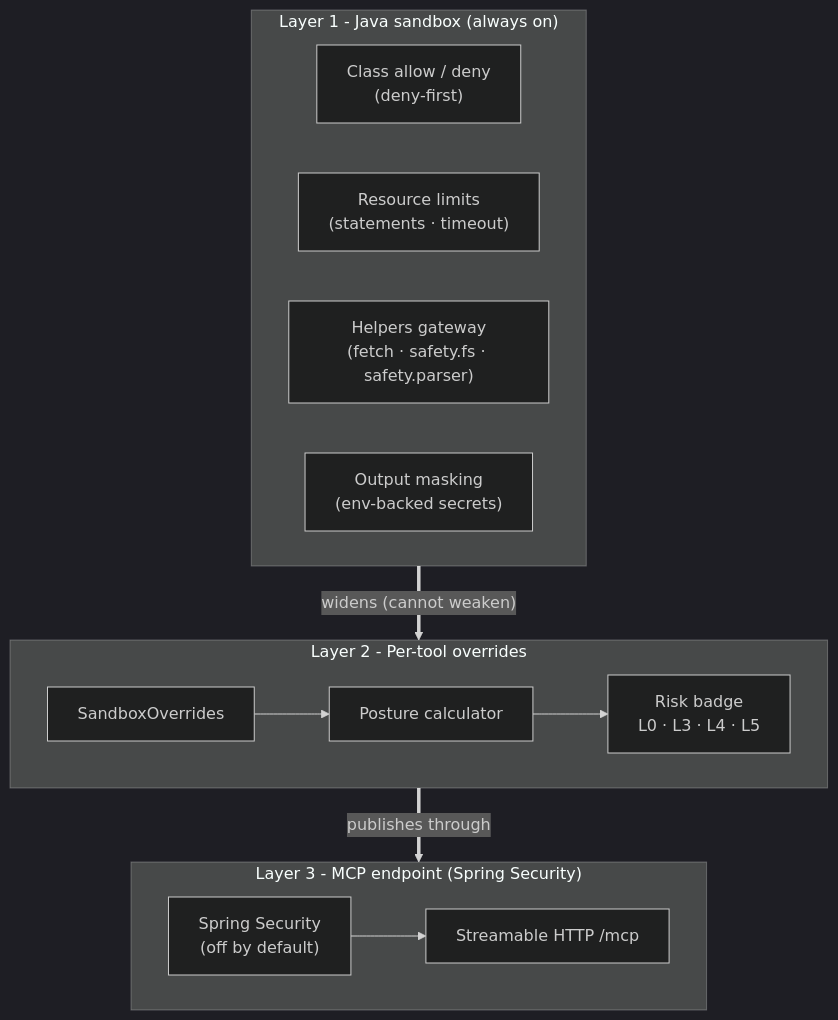
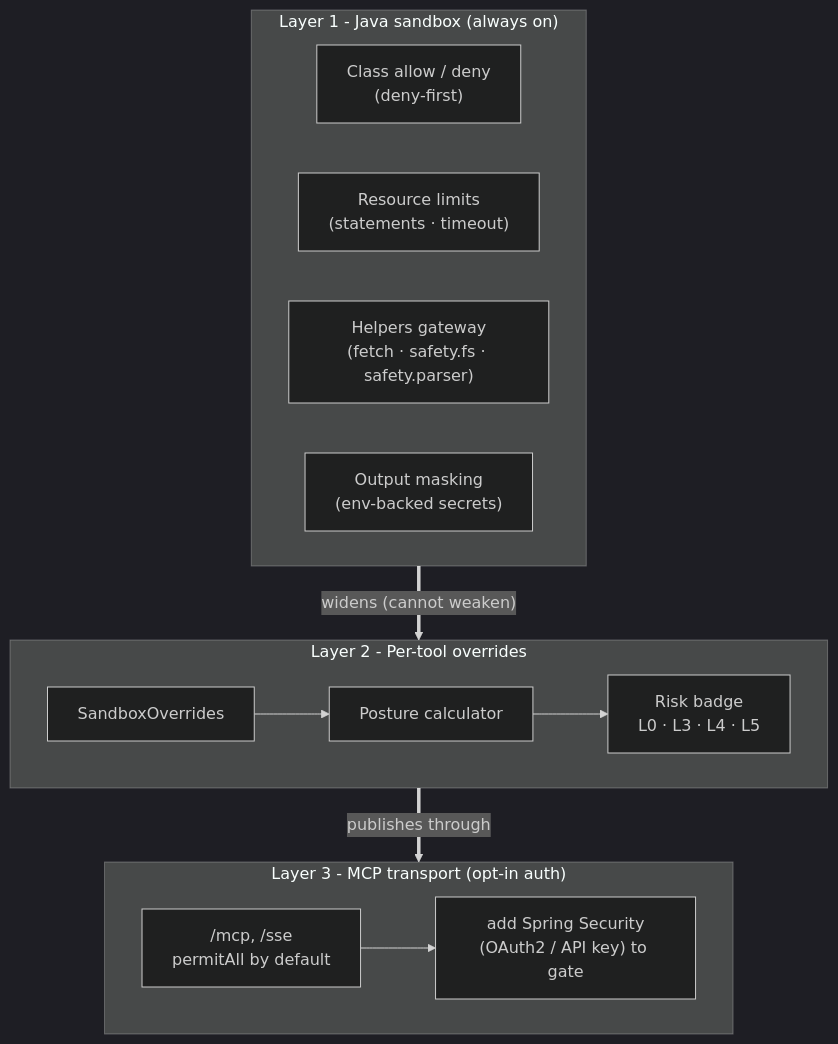
The second of 7 diagrams in docs/safety-architecture.md (spring-ai-community/spring-ai-playground), drawn with Mermaid (dark theme) before and after one commit. The commit also changed other lines of this file and 20 other files, not shown here.

Commit message:
docs: add integration diagram and external connections page

````diff
--- a/docs/safety-architecture.md
+++ b/docs/safety-architecture.md
@@ -59,17 +59,17 @@
 ```mermaid
 flowchart TB
     subgraph L1["Layer 1 - Java sandbox (always on)"]
         A1["Class allow / deny<br/>(deny-first)"]
         A2["Resource limits<br/>(statements · timeout)"]
         A3["Helpers gateway<br/>(fetch · safety.fs · safety.parser)"]
         A4["Output masking<br/>(env-backed secrets)"]
     end
     subgraph L2["Layer 2 - Per-tool overrides"]
         B1["SandboxOverrides"] --> B2["Posture calculator"] --> B3["Risk badge<br/>L0 · L3 · L4 · L5"]
     end
-    subgraph L3["Layer 3 - MCP endpoint (Spring Security)"]
-        C1["Spring Security<br/>(off by default)"] --> C2["Streamable HTTP /mcp"]
+    subgraph L3["Layer 3 - MCP transport (opt-in auth)"]
+        C1["/mcp, /sse<br/>permitAll by default"] --> C2["add Spring Security<br/>(OAuth2 / API key) to gate"]
     end
     L1 == widens (cannot weaken) ==> L2
     L2 == publishes through ==> L3
 ```
````
